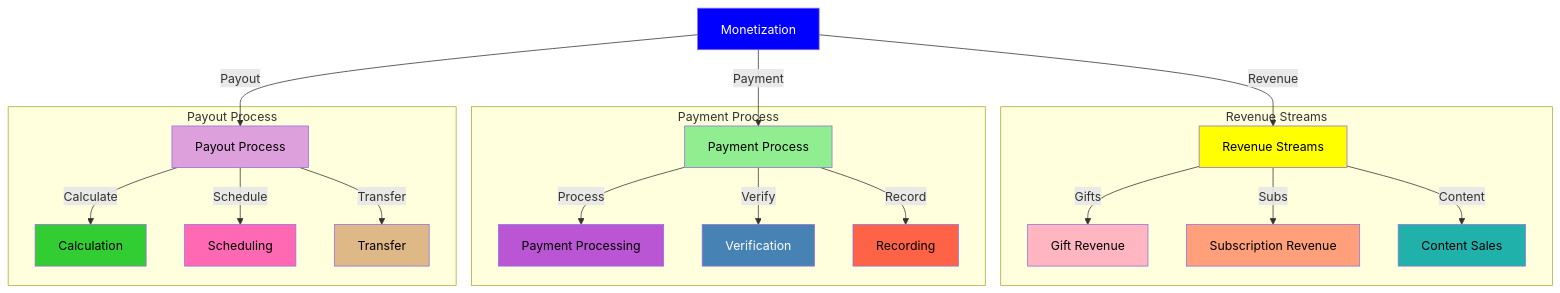
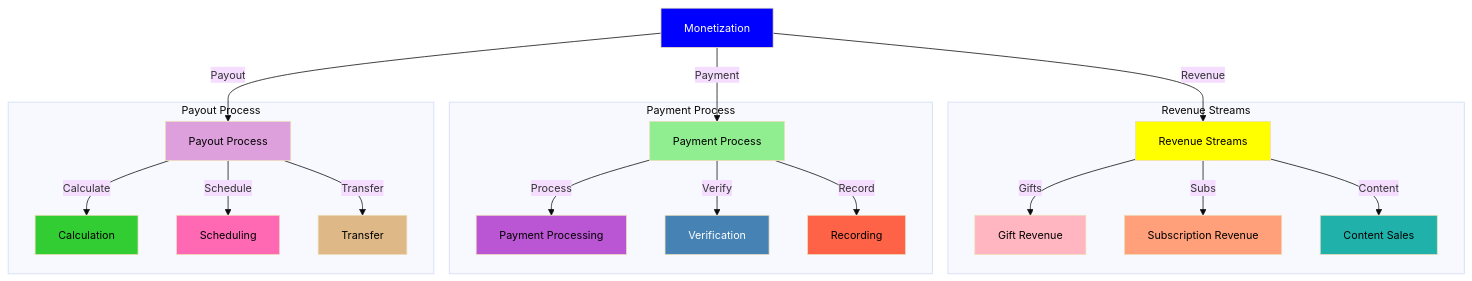
One commit to MEMEFANS/memefans changed diagram 13 of 13 in docs/whitepaper/product-features.md. Above: the diagram before and after it, drawn with Mermaid. The commit also changed other lines of this file, not shown here.

First line of the commit message:
style: adjust whitepaper typography and diagram proportions

```diff
--- a/docs/whitepaper/product-features.md
+++ b/docs/whitepaper/product-features.md
@@ -780,38 +824,39 @@
 <div class="mermaid">
+%%{init: {'theme': 'base', 'themeVariables': { 'fontSize': '14px' }}}%%
 graph TD
     A[Monetization] -->|Revenue| B[Revenue Streams]
     A -->|Payment| C[Payment Process]
     A -->|Payout| D[Payout Process]
     
     subgraph Revenue Streams
     B -->|Gifts| E[Gift Revenue]
     B -->|Subs| F[Subscription Revenue]
     B -->|Content| G[Content Sales]
     end
     
     subgraph Payment Process
     C -->|Process| H[Payment Processing]
     C -->|Verify| I[Verification]
     C -->|Record| J[Recording]
     end
     
     subgraph Payout Process
     D -->|Calculate| K[Calculation]
     D -->|Schedule| L[Scheduling]
     D -->|Transfer| M[Transfer]
     end
     
     style A fill:#0000FF,color:#FFFFFF
     style B fill:#FFFF00,color:#000000
     style C fill:#90EE90,color:#000000
     style D fill:#DDA0DD,color:#000000
     style E fill:#FFB6C1,color:#000000
     style F fill:#FFA07A,color:#000000
     style G fill:#20B2AA,color:#000000
     style H fill:#BA55D3,color:#000000
     style I fill:#4682B4,color:#FFFFFF
     style J fill:#FF6347,color:#000000
     style K fill:#32CD32,color:#000000
     style L fill:#FF69B4,color:#000000
     style M fill:#DEB887,color:#000000
 </div>
```
